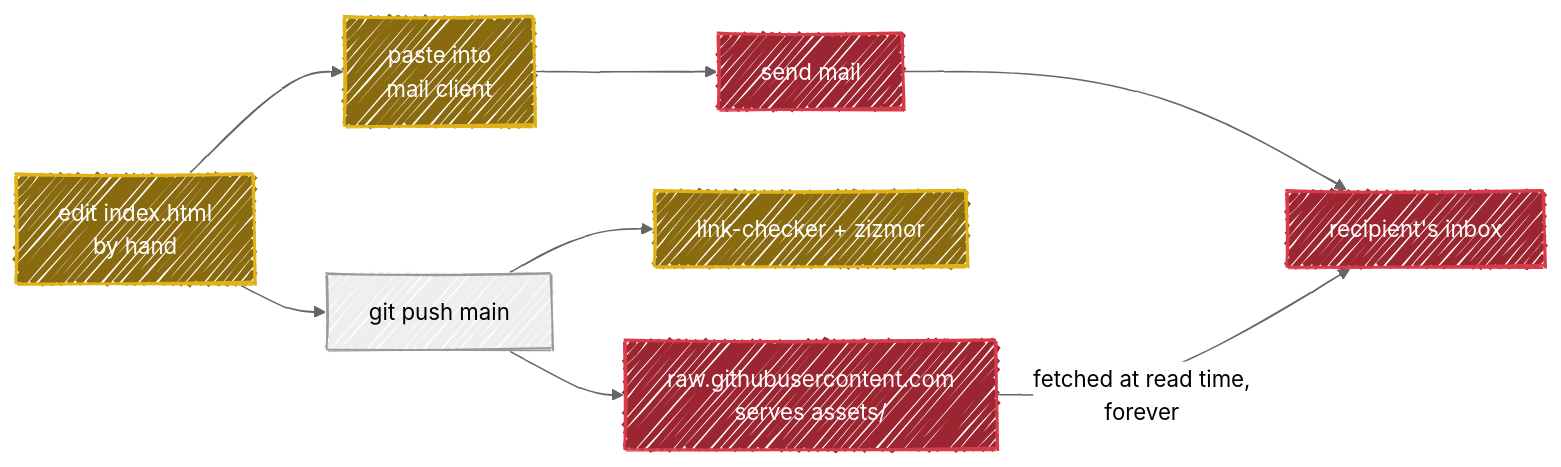
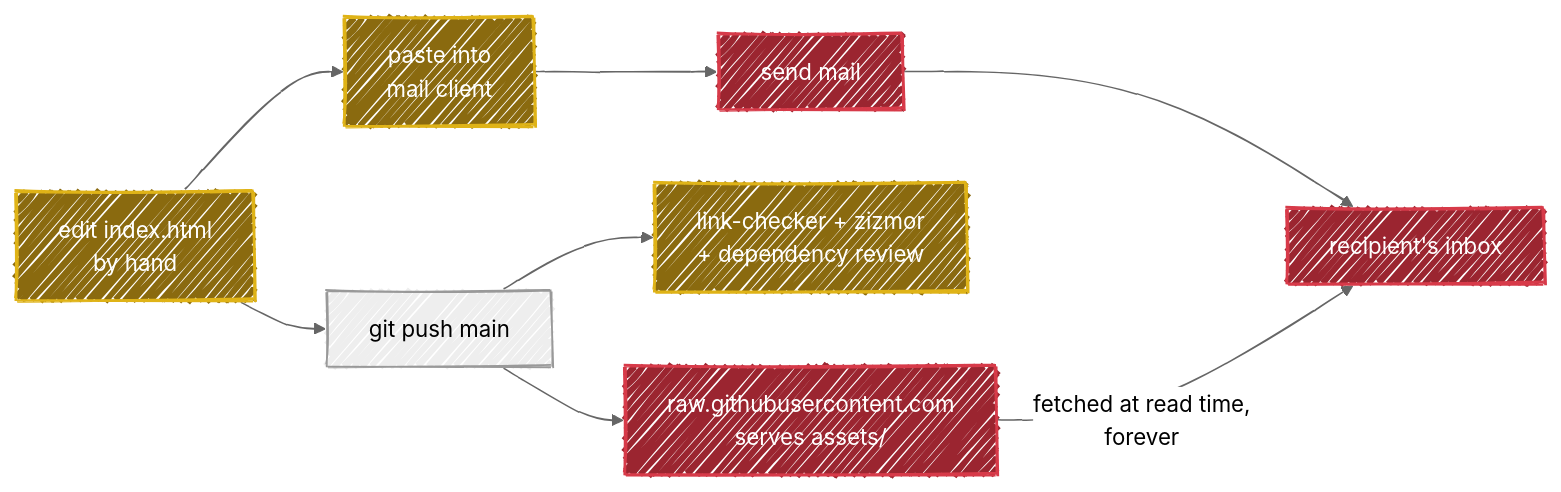
Before and after one commit to fbuireu/email-signature: the diagram in ARCHITECTURE.md, drawn with Mermaid. The commit also changed other lines of this file and 11 other files, not shown here.

````diff
--- a/ARCHITECTURE.md
+++ b/ARCHITECTURE.md
@@ -28,20 +28,20 @@
 ```mermaid
 ---
 config:
   look: handDrawn
   theme: neutral
 ---
 flowchart LR
     edit["edit index.html<br/>by hand"] --> push["git push main"]
     push --> raw["raw.githubusercontent.com<br/>serves assets/"]
-    push --> ci["link-checker + zizmor"]
+    push --> ci["link-checker + zizmor<br/>+ dependency review"]
     edit --> paste["paste into<br/>mail client"]
     paste --> send["send mail"]
     send --> inbox["recipient's inbox"]
     raw -->|"fetched at read time,<br/>forever"| inbox
 
     classDef frozen fill:#9b2530,stroke:#d73a49,stroke-width:2px,color:#fff
     classDef free fill:#8a6a0f,stroke:#dfb317,stroke-width:2px,color:#fff
     class raw,send,inbox frozen
     class edit,paste,ci free
 ```
````
